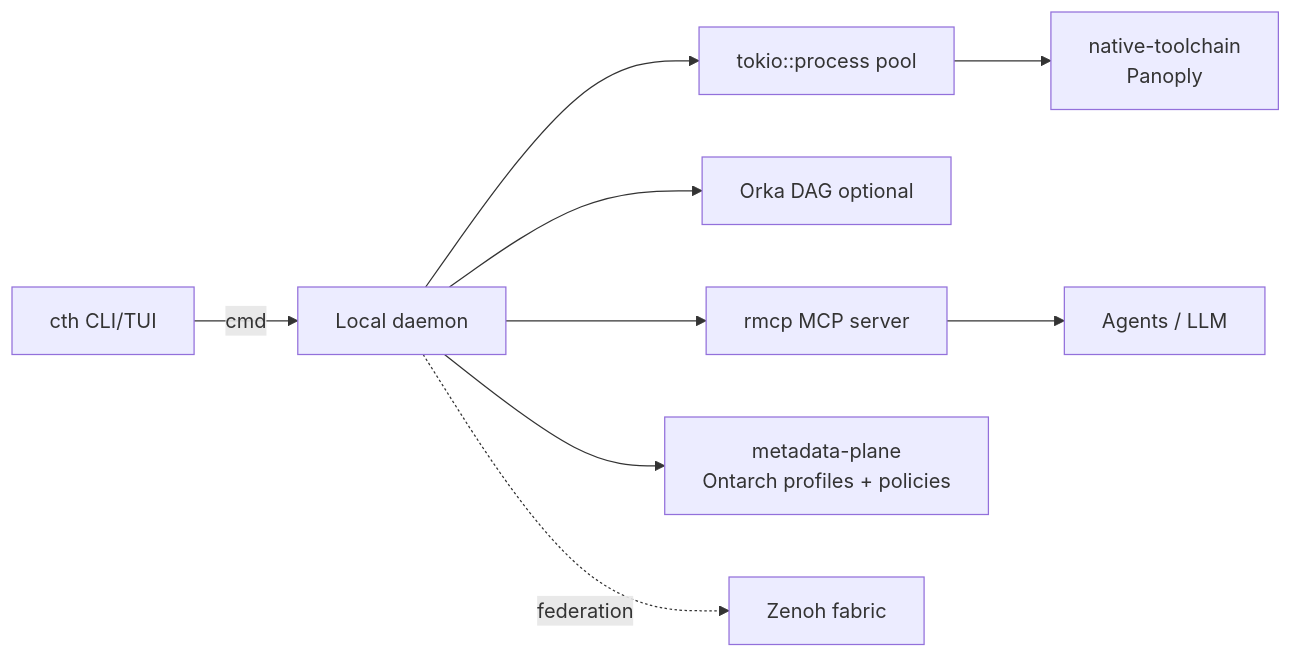
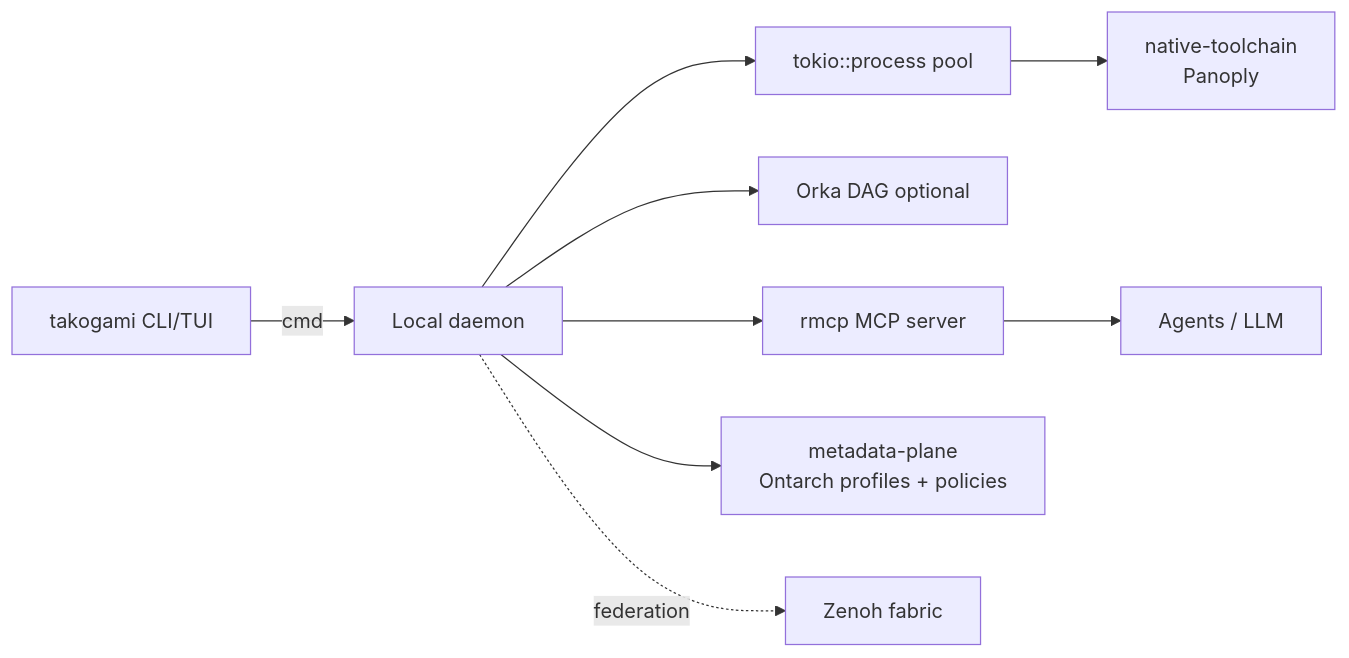
Before and after one commit to luckgrid/wfos: the diagram in docs/runtime-architecture.md, drawn with Mermaid. The commit also changed other lines of this file and 34 other files, not shown here.

````diff
--- a/docs/runtime-architecture.md
+++ b/docs/runtime-architecture.md
@@ -18,11 +18,11 @@
 ```mermaid
 flowchart LR
-  CLI[cth CLI/TUI] -->|cmd| D[Local daemon]
+  CLI[takogami CLI/TUI] -->|cmd| D[Local daemon]
   D --> PR[tokio::process pool]
   PR --> NT["native-toolchain\nPanoply"]
   D --> ORK[Orka DAG optional]
   D --> MCP[rmcp MCP server]
   MCP --> LLM[Agents / LLM]
   D --> CX["metadata-plane\nOntarch profiles + policies"]
   D -. federation .-> ZEN[Zenoh fabric]
 ```
````
